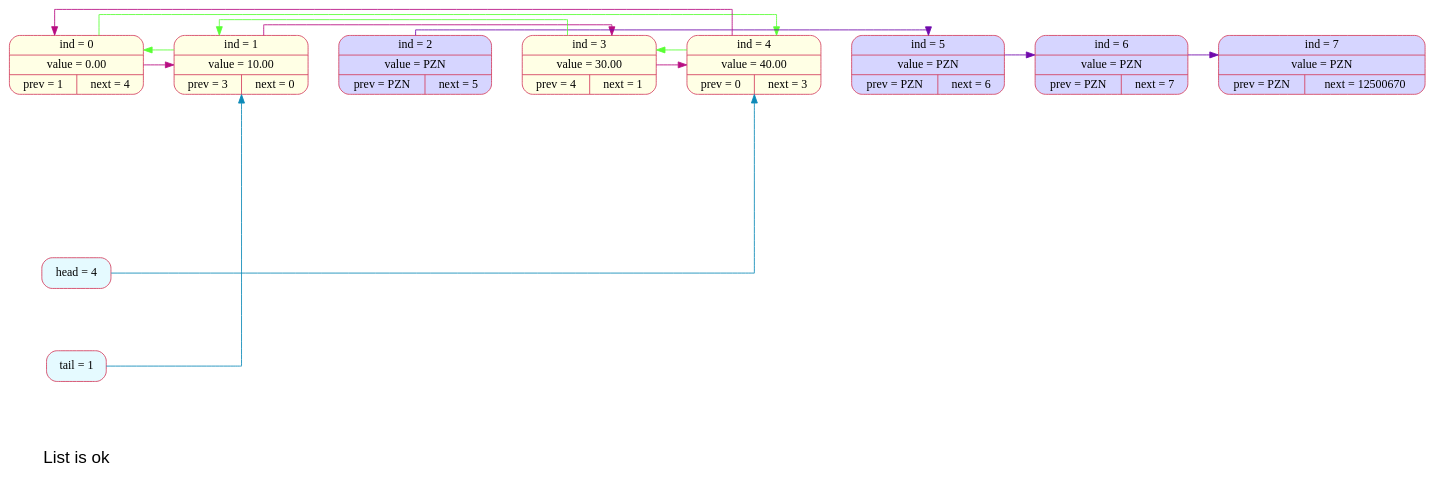
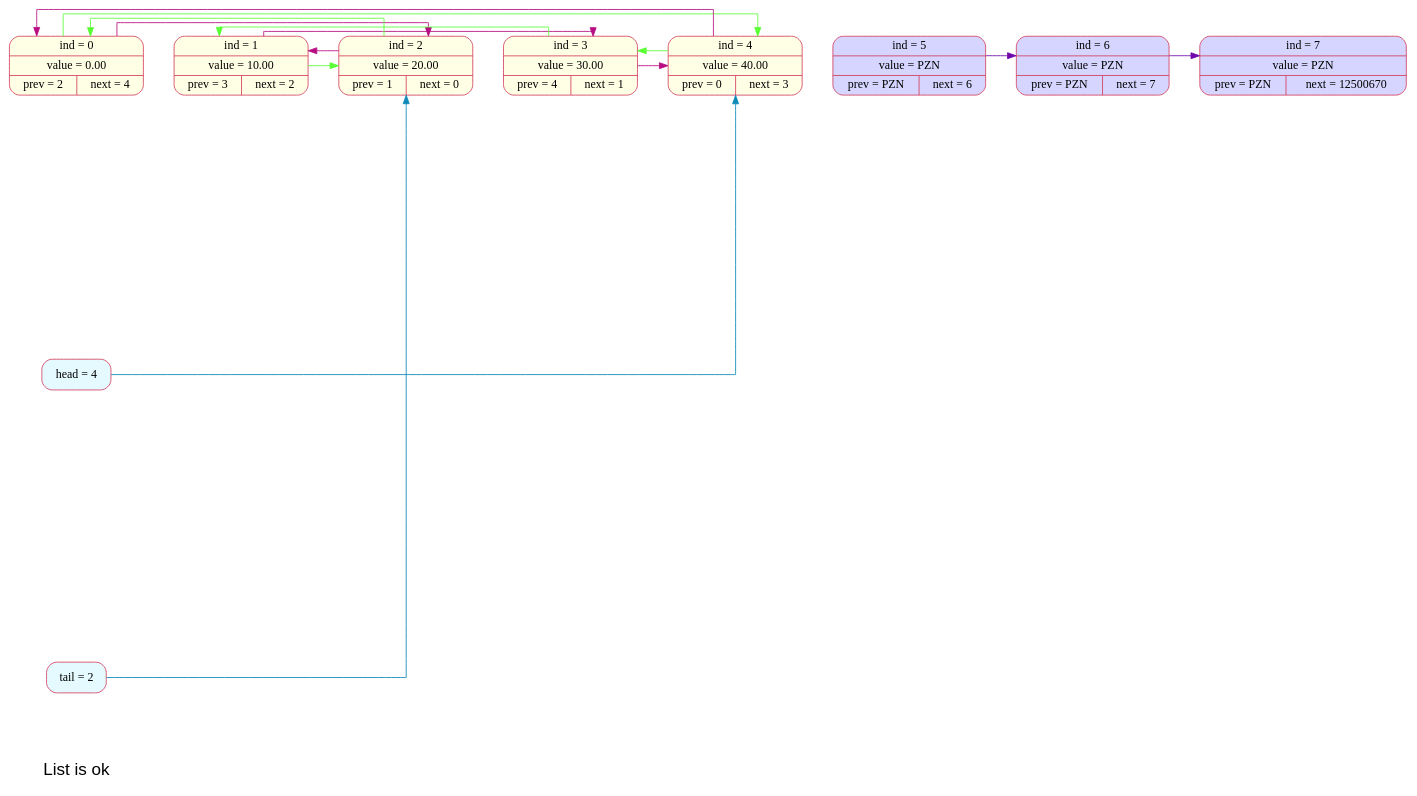
The diagram in graph_5.dot (Pshonechka/List), drawn with Graphviz before and after one commit. The commit also changed 21 other files, not shown here.

```diff
--- a/graph_5.dot
+++ b/graph_5.dot
@@ -1,41 +1,42 @@
 digraph G {
 	header [shape=plaintext, label = "List is ok", fontsize = 20, fontname = Arial, fontcolor="#000000ff"];
 	graph [splines=ortho];
 	nodesep=1.0;
 	rankdir=LR;
-	node_0 [rank=1; shape=Mrecord; style=filled; fillcolor="#ffffe5ff"; color = "#d44060ff"; label=" ind = 0 | value = 0.00 |{prev = 1 | next = 4}"];
-	node_1 [rank=1; shape=Mrecord; style=filled; fillcolor="#ffffe5ff"; color = "#d44060ff"; label=" ind = 1 | value = 10.00 |{prev = 3 | next = 0}"];
-	node_2 [rank=1; shape=Mrecord; style=filled; fillcolor="#d6d5ffff"; color = "#d44060ff"; label=" ind = 2 | value = PZN |{prev = PZN | next = 5}"];
+	node_0 [rank=1; shape=Mrecord; style=filled; fillcolor="#ffffe5ff"; color = "#d44060ff"; label=" ind = 0 | value = 0.00 |{prev = 2 | next = 4}"];
+	node_1 [rank=1; shape=Mrecord; style=filled; fillcolor="#ffffe5ff"; color = "#d44060ff"; label=" ind = 1 | value = 10.00 |{prev = 3 | next = 2}"];
+	node_2 [rank=1; shape=Mrecord; style=filled; fillcolor="#ffffe5ff"; color = "#d44060ff"; label=" ind = 2 | value = 20.00 |{prev = 1 | next = 0}"];
 	node_3 [rank=1; shape=Mrecord; style=filled; fillcolor="#ffffe5ff"; color = "#d44060ff"; label=" ind = 3 | value = 30.00 |{prev = 4 | next = 1}"];
 	node_4 [rank=1; shape=Mrecord; style=filled; fillcolor="#ffffe5ff"; color = "#d44060ff"; label=" ind = 4 | value = 40.00 |{prev = 0 | next = 3}"];
 	node_5 [rank=1; shape=Mrecord; style=filled; fillcolor="#d6d5ffff"; color = "#d44060ff"; label=" ind = 5 | value = PZN |{prev = PZN | next = 6}"];
 	node_6 [rank=1; shape=Mrecord; style=filled; fillcolor="#d6d5ffff"; color = "#d44060ff"; label=" ind = 6 | value = PZN |{prev = PZN | next = 7}"];
 	node_7 [rank=1; shape=Mrecord; style=filled; fillcolor="#d6d5ffff"; color = "#d44060ff"; label=" ind = 7 | value = PZN |{prev = PZN | next = 12500670}"];
 	edge [color="#FFFFFF", fontcolor="#000000"];
 	node_0 -> node_1 [weight=1000, style="invis"];
 	node_1 -> node_2 [weight=1000, style="invis"];
 	node_2 -> node_3 [weight=1000, style="invis"];
 	node_3 -> node_4 [weight=1000, style="invis"];
 	node_4 -> node_5 [weight=1000, style="invis"];
 	node_5 -> node_6 [weight=1000, style="invis"];
 	node_6 -> node_7 [weight=1000, style="invis"];
 	edge [color="#5aff35ff", fontcolor="#000000", constraint=false];
 	node_0 -> node_4;
-	node_1 -> node_0;
+	node_1 -> node_2;
+	node_2 -> node_0;
 	node_3 -> node_1;
 	node_4 -> node_3;
 	edge [color="#7009acff", fontcolor="#000000", constraint=false];
-	node_2 -> node_5;
 	node_5 -> node_6;
 	node_6 -> node_7;
 	edge [color="#b80d82ff", fontcolor="#000000", constraint=false];
-	node_0 -> node_1;
+	node_0 -> node_2;
 	node_1 -> node_3;
+	node_2 -> node_1;
 	node_3 -> node_4;
 	node_4 -> node_0;
 	head [rank=1; shape=Mrecord; style=filled; fillcolor="#e5faffff";color = "#d44060ff"; label="head = 4"];
-	tail [rank=1; shape=Mrecord; style=filled; fillcolor="#e5faffff";color = "#d44060ff"; label="tail = 1"];
+	tail [rank=1; shape=Mrecord; style=filled; fillcolor="#e5faffff";color = "#d44060ff"; label="tail = 2"];
 	edge [color="#0d8ab8ff", fontcolor="#000000", constraint=false];
 	head -> node_4;
-	tail -> node_1;
+	tail -> node_2;
 }
```
